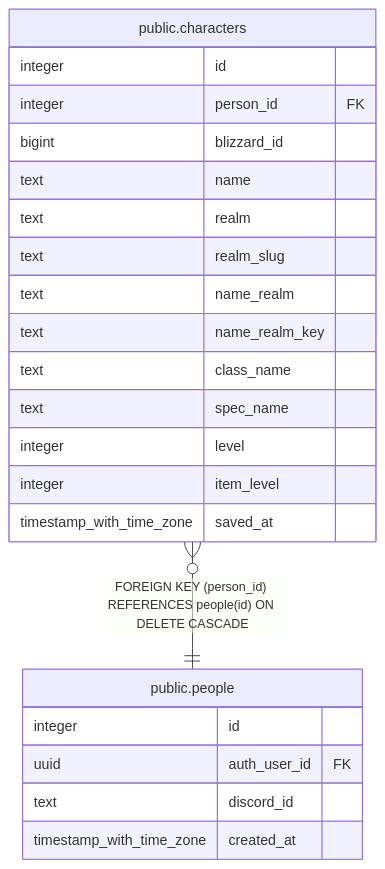
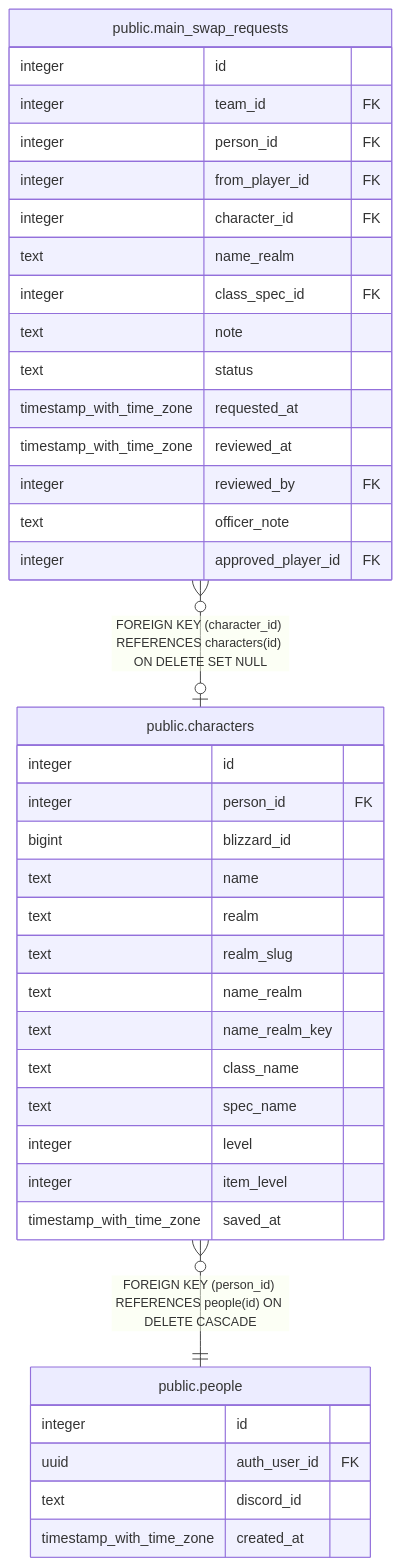
Before and after one commit to katogaming88/WGA-Raid-Hub: the diagram in dbdoc/public.characters.md, drawn with Mermaid. The commit also changed other lines of this file and 35 other files, not shown here.

First line of the commit message:
#942 step 5c: a raider can ask for a main swap any day (v3.130.0)

````diff
--- a/dbdoc/public.characters.md
+++ b/dbdoc/public.characters.md
@@ -43,27 +43,44 @@
 ```mermaid
 erDiagram
 
+"public.main_swap_requests" }o--o| "public.characters" : "FOREIGN KEY (character_id) REFERENCES characters(id) ON DELETE SET NULL"
 "public.characters" }o--|| "public.people" : "FOREIGN KEY (person_id) REFERENCES people(id) ON DELETE CASCADE"
 
 "public.characters" {
   integer id
   integer person_id FK
   bigint blizzard_id
   text name
   text realm
   text realm_slug
   text name_realm
   text name_realm_key
   text class_name
   text spec_name
   integer level
   integer item_level
   timestamp_with_time_zone saved_at
 }
+"public.main_swap_requests" {
+  integer id
+  integer team_id FK
+  integer person_id FK
+  integer from_player_id FK
+  integer character_id FK
+  text name_realm
+  integer class_spec_id FK
+  text note
+  text status
+  timestamp_with_time_zone requested_at
+  timestamp_with_time_zone reviewed_at
+  integer reviewed_by FK
+  text officer_note
+  integer approved_player_id FK
+}
 "public.people" {
   integer id
   uuid auth_user_id FK
   text discord_id
   timestamp_with_time_zone created_at
 }
 ```
````
